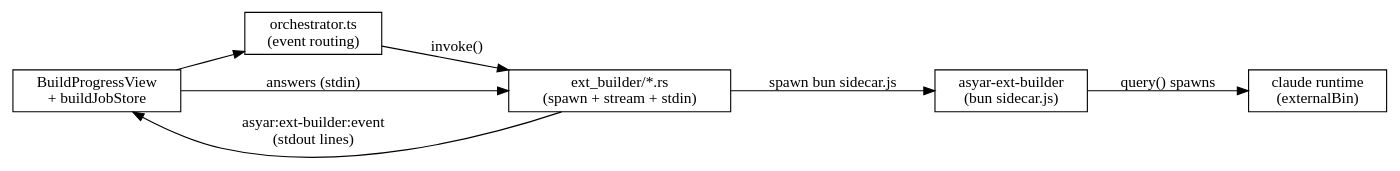
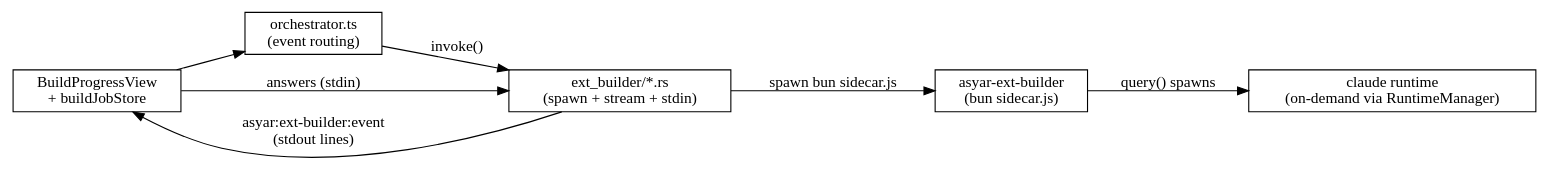
The diagram in docs/explanation/ai-extension-builder.md (Xoshbin/asyar), drawn with Graphviz before and after one commit. The commit also changed other lines of this file and 90 other files, not shown here.

First line of the commit message:
Feature/on-demand-runtime-downloads (#490)

````diff
--- a/docs/explanation/ai-extension-builder.md
+++ b/docs/explanation/ai-extension-builder.md
@@ -31,17 +31,17 @@
 ```dot
 digraph ai_builder {
   rankdir=LR;
   view   [shape=box,label="BuildProgressView\n+ buildJobStore"];
   orch   [shape=box,label="orchestrator.ts\n(event routing)"];
   rust   [shape=box,label="ext_builder/*.rs\n(spawn + stream + stdin)"];
   side   [shape=box,label="asyar-ext-builder\n(bun sidecar.js)"];
-  claude [shape=box,label="claude runtime\n(externalBin)"];
+  claude [shape=box,label="claude runtime\n(on-demand via RuntimeManager)"];
 
   view -> orch;
   orch -> rust   [label="invoke()"];
   rust -> side   [label="spawn bun sidecar.js"];
   rust -> view   [label="asyar:ext-builder:event\n(stdout lines)"];
   view -> rust   [label="answers (stdin)"];
   side -> claude [label="query() spawns"];
 }
 ```
````
